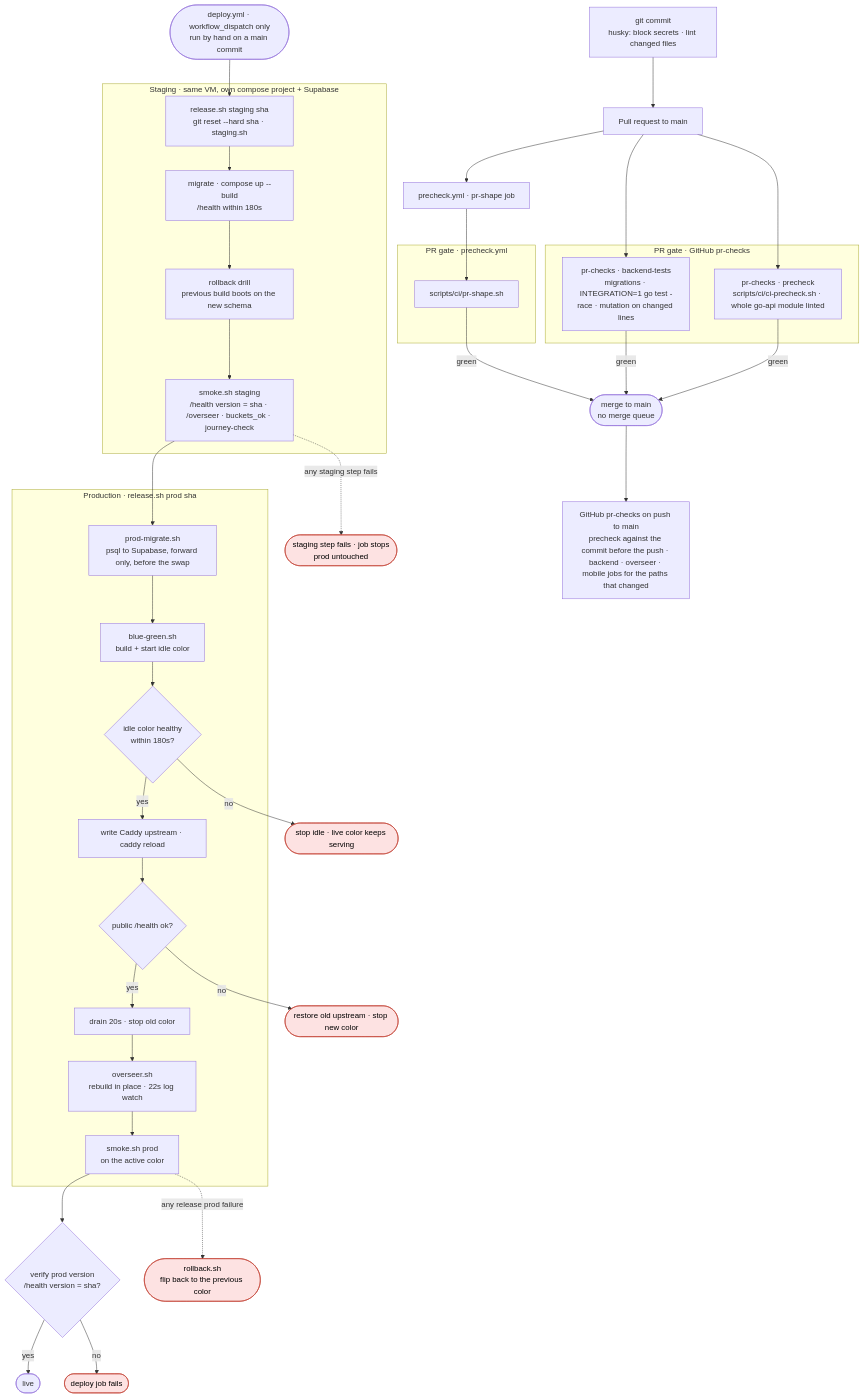
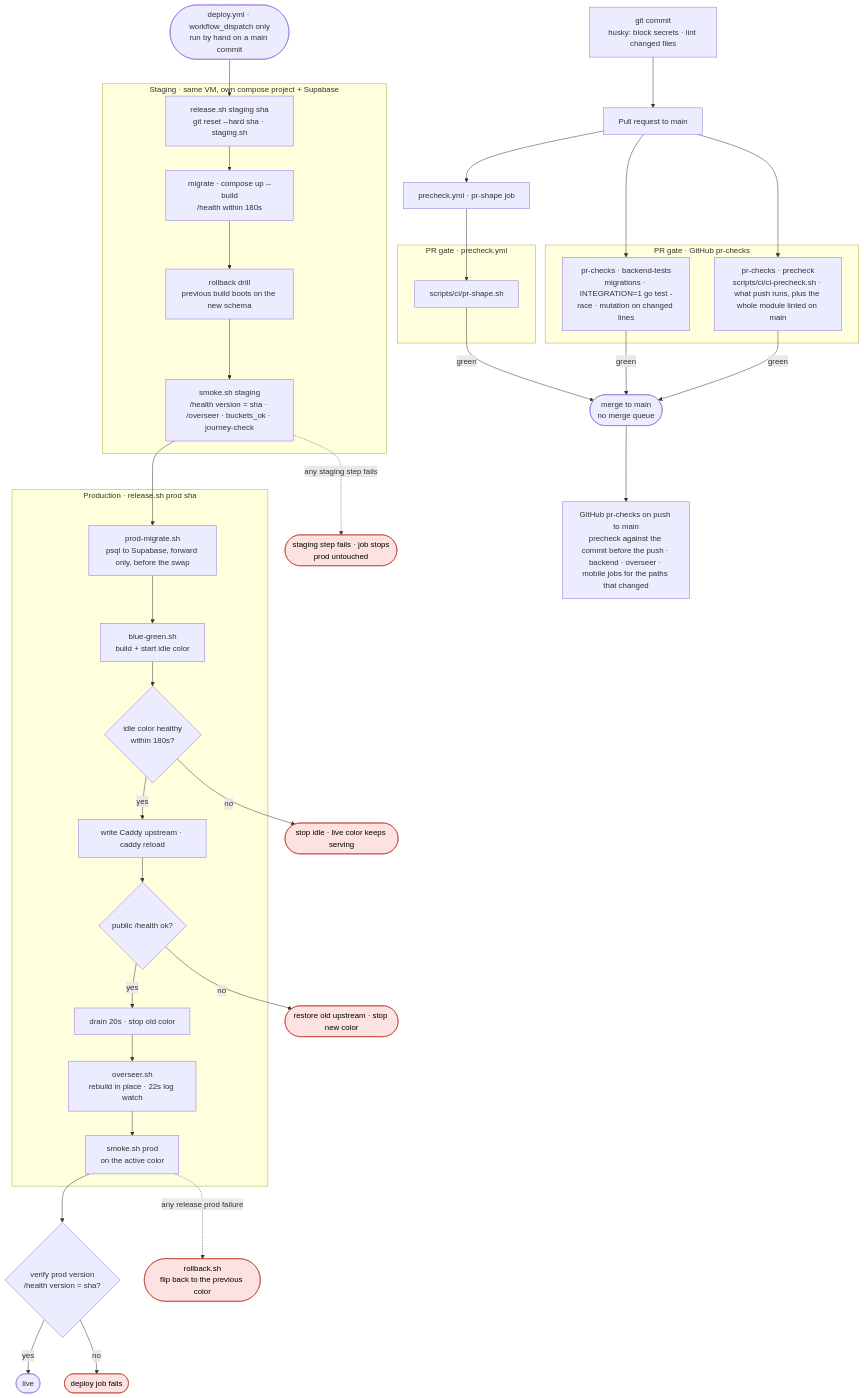
One commit to aleburrascano/altune changed the first of 2 diagrams in docs/diagrams/delivery.md. Above: the diagram before and after it, drawn with Mermaid. The commit also changed 7 other files, not shown here.

First line of the commit message:
ci: the merge check runs outside .git under a lock, and main keeps its whole-module lint

````diff
--- a/docs/diagrams/delivery.md
+++ b/docs/diagrams/delivery.md
@@ -7,63 +7,63 @@
 ```mermaid
 flowchart TD
     commit["git commit<br/>husky: block secrets · lint changed files"] --> pr["Pull request to main"]
     pr --> precheck["precheck.yml · pr-shape job"]
 
     subgraph gate [PR gate · precheck.yml]
         shape["scripts/ci/pr-shape.sh"]
     end
 
     subgraph ghgate [PR gate · GitHub pr-checks]
         ghtests["pr-checks · backend-tests<br/>migrations · INTEGRATION=1 go test -race · mutation on changed lines"]
-        ghprecheck["pr-checks · precheck<br/>scripts/ci/ci-precheck.sh · whole go-api module linted"]
+        ghprecheck["pr-checks · precheck<br/>scripts/ci/ci-precheck.sh · what push runs, plus the whole module linted on main"]
     end
 
     precheck --> shape
     pr --> ghtests
     pr --> ghprecheck
     ghtests -->|green| main
     ghprecheck -->|green| main
     shape -->|green| main(["merge to main<br/>no merge queue"])
     main --> ci["GitHub pr-checks on push to main<br/>precheck against the commit before the push · backend · overseer · mobile jobs for the paths that changed"]
 
     dispatch(["deploy.yml · workflow_dispatch only<br/>run by hand on a main commit"])
 
     subgraph staging [Staging · same VM, own compose project + Supabase]
         st_release["release.sh staging sha<br/>git reset --hard sha · staging.sh"]
         st_up["migrate · compose up --build<br/>/health within 180s"]
         drill["rollback drill<br/>previous build boots on the new schema"]
         smoke["smoke.sh staging<br/>/health version = sha · /overseer · buckets_ok · journey-check"]
         st_release --> st_up --> drill --> smoke
     end
 
     dispatch --> st_release
 
     subgraph live_env [Production · release.sh prod sha]
         migrate["prod-migrate.sh<br/>psql to Supabase, forward only, before the swap"]
         build["blue-green.sh<br/>build + start idle color"]
         healthy{"idle color healthy<br/>within 180s?"}
         flip["write Caddy upstream · caddy reload"]
         verify{"public /health ok?"}
         drain["drain 20s · stop old color"]
         overseer["overseer.sh<br/>rebuild in place · 22s log watch"]
         psmoke["smoke.sh prod<br/>on the active color"]
         migrate --> build --> healthy
         healthy -->|yes| flip --> verify
         verify -->|yes| drain --> overseer --> psmoke
     end
 
     smoke --> migrate
     psmoke --> version{"verify prod version<br/>/health version = sha?"}
     version -->|yes| done(["live"])
 
     st_fail(["staging step fails · job stops<br/>prod untouched"])
     smoke -.->|any staging step fails| st_fail
     healthy -->|no| keep(["stop idle · live color keeps serving"])
     verify -->|no| restore(["restore old upstream · stop new color"])
     rollback(["rollback.sh<br/>flip back to the previous color"])
     psmoke -.->|any release prod failure| rollback
     version -->|no| vfail(["deploy job fails"])
 
     classDef fail fill:#fde2e2,stroke:#c0392b,color:#000
     class keep,restore,rollback,st_fail,vfail fail
 ```
````
